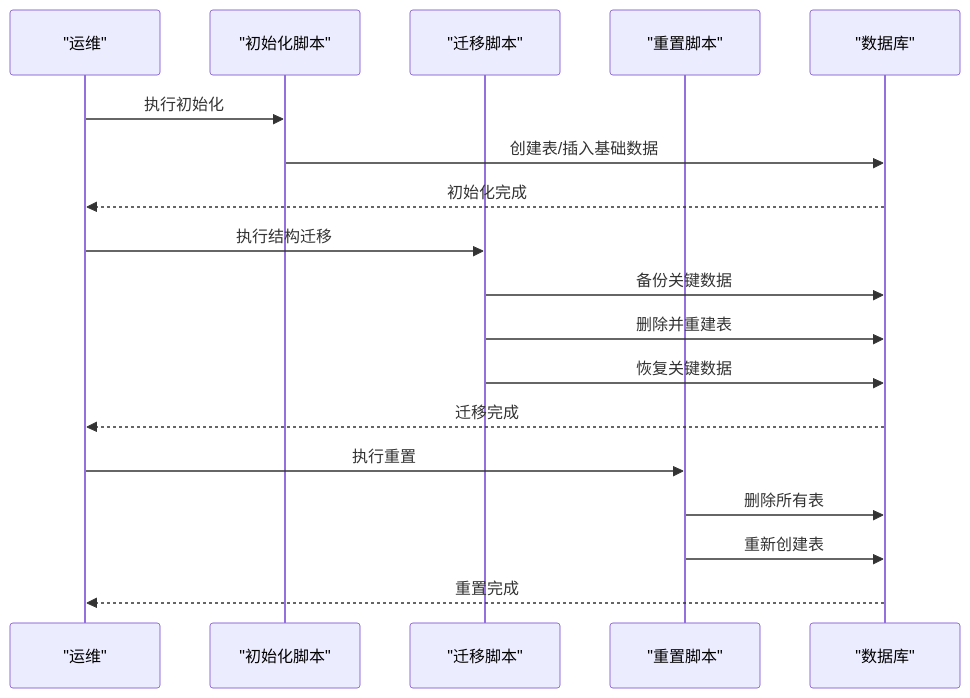
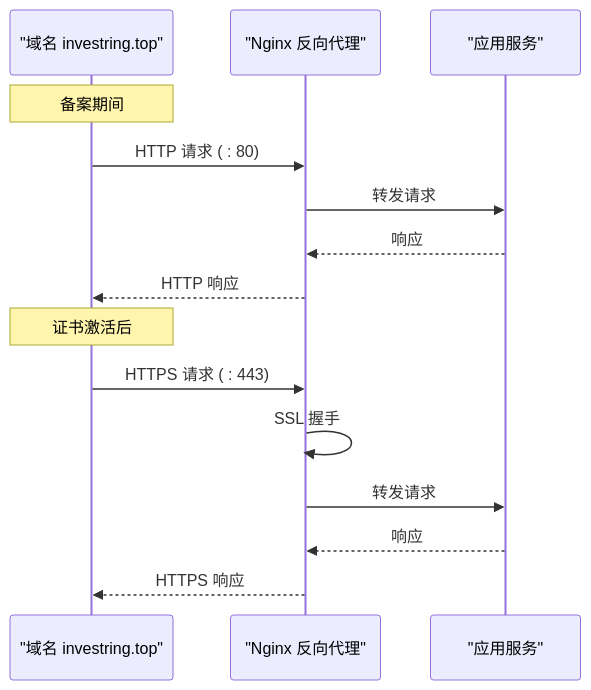
One commit to gujialind/InvestRing changed the fourth of 4 diagrams in .qoder/repowiki/zh/content/开发指南/部署指南/生产环境部署.md. Above: the diagram before and after it, drawn with Mermaid. The commit also changed other lines of this file and 32 other files, not shown here.

````diff
--- a/.qoder/repowiki/zh/content/开发指南/部署指南/生产环境部署.md
+++ b/.qoder/repowiki/zh/content/开发指南/部署指南/生产环境部署.md
@@ -200,20 +204,17 @@
 ```mermaid
 sequenceDiagram
-participant Ops as "运维"
-participant Init as "初始化脚本"
-participant Mig as "迁移脚本"
-participant Reset as "重置脚本"
-participant DB as "数据库"
-Ops->>Init : 执行初始化
-Init->>DB : 创建表/插入基础数据
-DB-->>Ops : 初始化完成
-Ops->>Mig : 执行结构迁移
-Mig->>DB : 备份关键数据
-Mig->>DB : 删除并重建表
-Mig->>DB : 恢复关键数据
-DB-->>Ops : 迁移完成
-Ops->>Reset : 执行重置
-Reset->>DB : 删除所有表
-Reset->>DB : 重新创建表
-DB-->>Ops : 重置完成
+participant Domain as "域名 investring.top"
+participant Nginx as "Nginx 反向代理"
+participant App as "应用服务"
+Note over Domain : 备案期间
+Domain->>Nginx : HTTP 请求 ( : 80)
+Nginx->>App : 转发请求
+App-->>Nginx : 响应
+Nginx-->>Domain : HTTP 响应
+Note over Domain : 证书激活后
+Domain->>Nginx : HTTPS 请求 ( : 443)
+Nginx->>Nginx : SSL 握手
+Nginx->>App : 转发请求
+App-->>Nginx : 响应
+Nginx-->>Domain : HTTPS 响应
 ```
````
